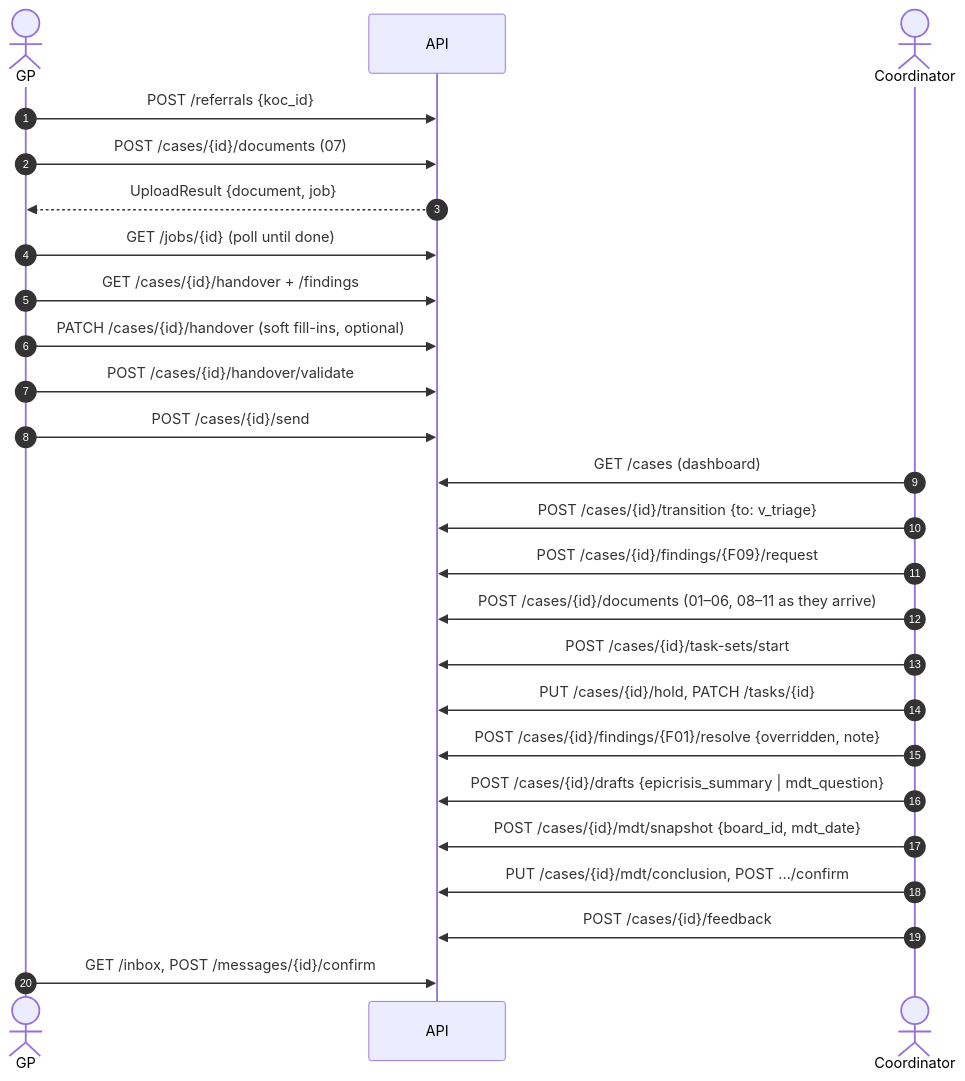
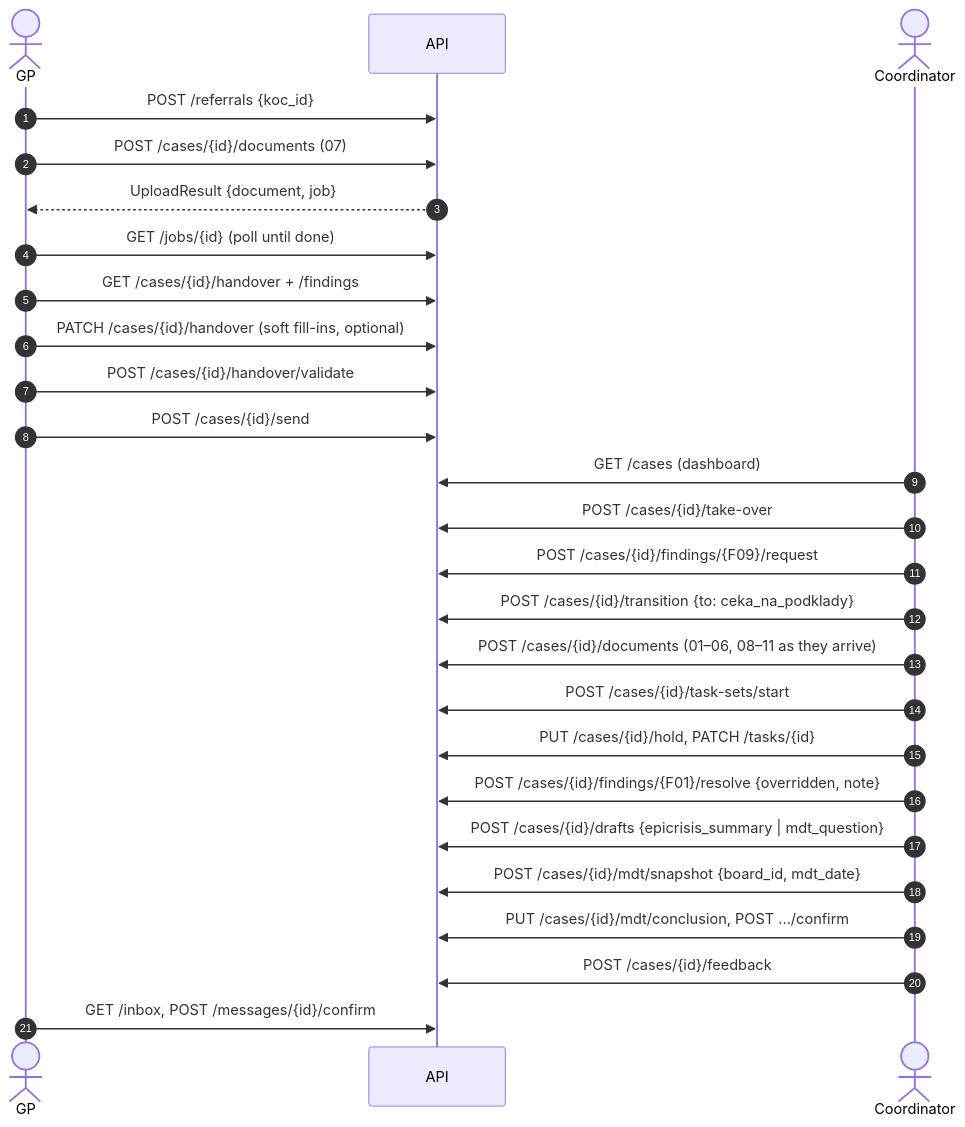
Before and after one commit to darkmackov/AI-Rackathon2026-Nessio: the diagram in docs/api.md, drawn with Mermaid. The commit also changed other lines of this file and 24 other files, not shown here.

````diff
--- a/docs/api.md
+++ b/docs/api.md
@@ -45,27 +47,28 @@
 ```mermaid
 sequenceDiagram
   autonumber
   actor GP
   participant API
   actor K as Coordinator
   GP->>API: POST /referrals {koc_id}
   GP->>API: POST /cases/{id}/documents (07)
   API-->>GP: UploadResult {document, job}
   GP->>API: GET /jobs/{id} (poll until done)
   GP->>API: GET /cases/{id}/handover + /findings
   GP->>API: PATCH /cases/{id}/handover (soft fill-ins, optional)
   GP->>API: POST /cases/{id}/handover/validate
   GP->>API: POST /cases/{id}/send
   K->>API: GET /cases (dashboard)
-  K->>API: POST /cases/{id}/transition {to: v_triage}
+  K->>API: POST /cases/{id}/take-over
   K->>API: POST /cases/{id}/findings/{F09}/request
+  K->>API: POST /cases/{id}/transition {to: ceka_na_podklady}
   K->>API: POST /cases/{id}/documents (01–06, 08–11 as they arrive)
   K->>API: POST /cases/{id}/task-sets/start
   K->>API: PUT /cases/{id}/hold, PATCH /tasks/{id}
   K->>API: POST /cases/{id}/findings/{F01}/resolve {overridden, note}
   K->>API: POST /cases/{id}/drafts {epicrisis_summary | mdt_question}
   K->>API: POST /cases/{id}/mdt/snapshot {board_id, mdt_date}
   K->>API: PUT /cases/{id}/mdt/conclusion, POST .../confirm
   K->>API: POST /cases/{id}/feedback
   GP->>API: GET /inbox, POST /messages/{id}/confirm
 ```
````
